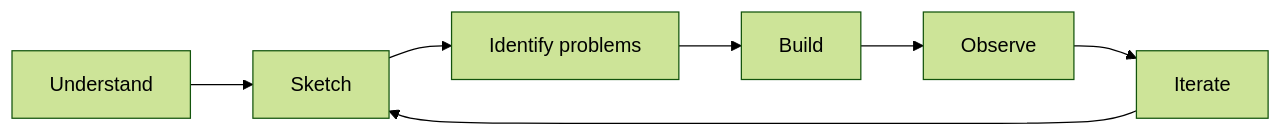
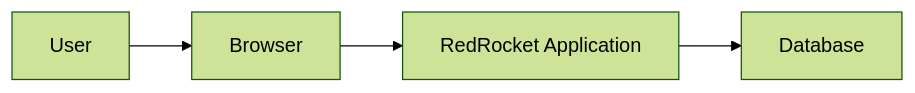
The diagram in README.md (lxrider/saas-security-lab), drawn with Mermaid (forest theme) before and after one commit. The commit also changed other lines of this file, not shown here.

````diff
--- a/README.md
+++ b/README.md
@@ -63,9 +97,6 @@
 ```mermaid
 flowchart LR
-    A["Understand"] --> B["Sketch"]
-    B --> C["Identify problems"]
-    C --> D["Build"]
-    D --> E["Observe"]
-    E --> F["Iterate"]
-    F --> B
+    U["User"] --> B["Browser"]
+    B --> A["RedRocket Application"]
+    A --> D["Database"]
 ```
````
